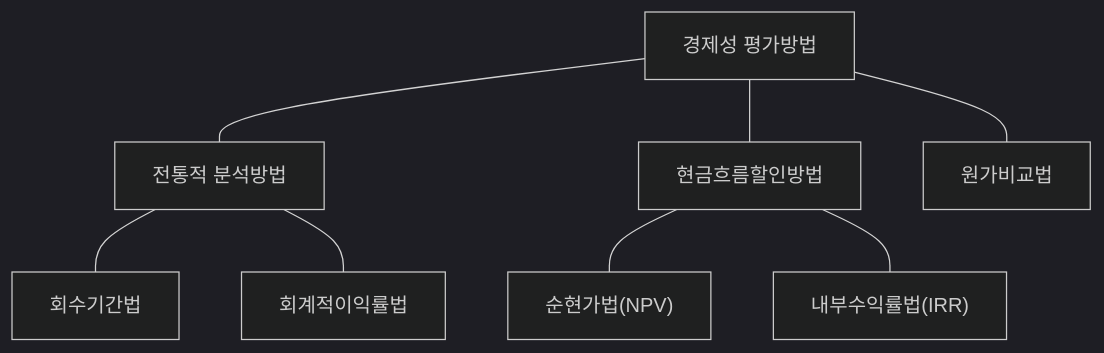
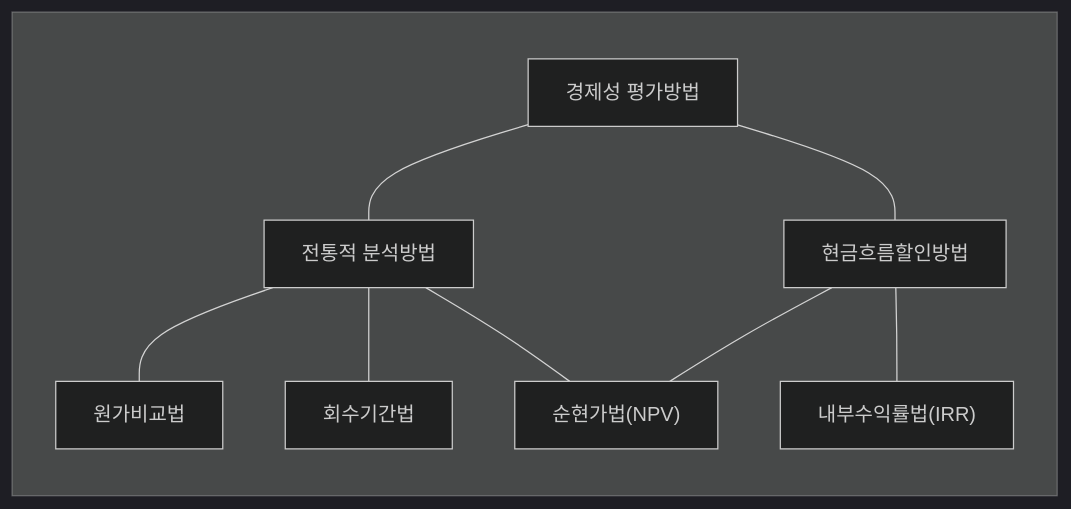
Before and after one commit to yeonkyupark/pepc2e: diagram 12 of 13 in 1002경영과학.qmd, drawn with Mermaid (dark theme). The commit also changed other lines of this file, not shown here.

````diff
--- a/1002경영과학.qmd
+++ b/1002경영과학.qmd
@@ -1183,15 +1191,17 @@
 ```{mermaid}
-flowchart TB
-    0[경제성 평가방법]
-    11[전통적 분석방법]
-    12[현금흐름할인방법]
-    13[원가비교법]
-    21[회수기간법]
-    22[회계적이익률법]
-    23["순현가법(NPV)"]
-    24["내부수익률법(IRR)"]
-
-    0 --- 11 & 12 & 13
-    11 --- 21 & 22
-    12 --- 23 & 24
+flowchart LR
+    subgraph " "
+        0[경제성 평가방법]
+        11[전통적 분석방법]
+        12[현금흐름할인방법]
+        21[원가비교법]
+        22[회수기간법]
+        23[회계적이익률법]
+        23["순현가법(NPV)"]
+        24["내부수익률법(IRR)"]
+    
+        0 --- 11 & 12 
+        11 --- 21 & 22 & 23
+        12 --- 23 & 24
+    end
 ```
````
